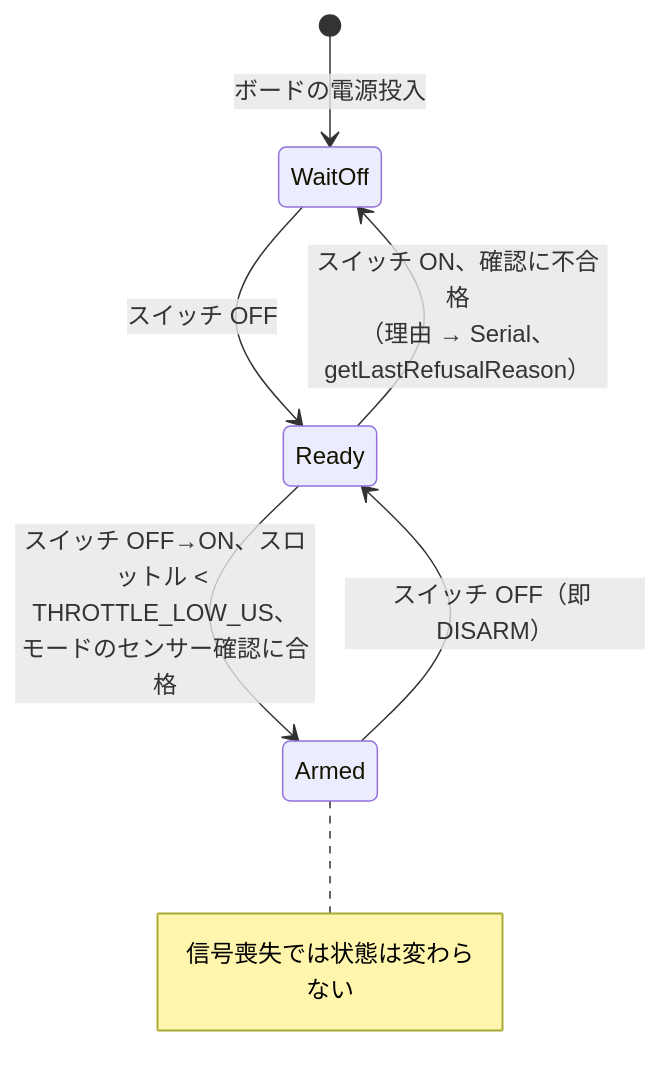
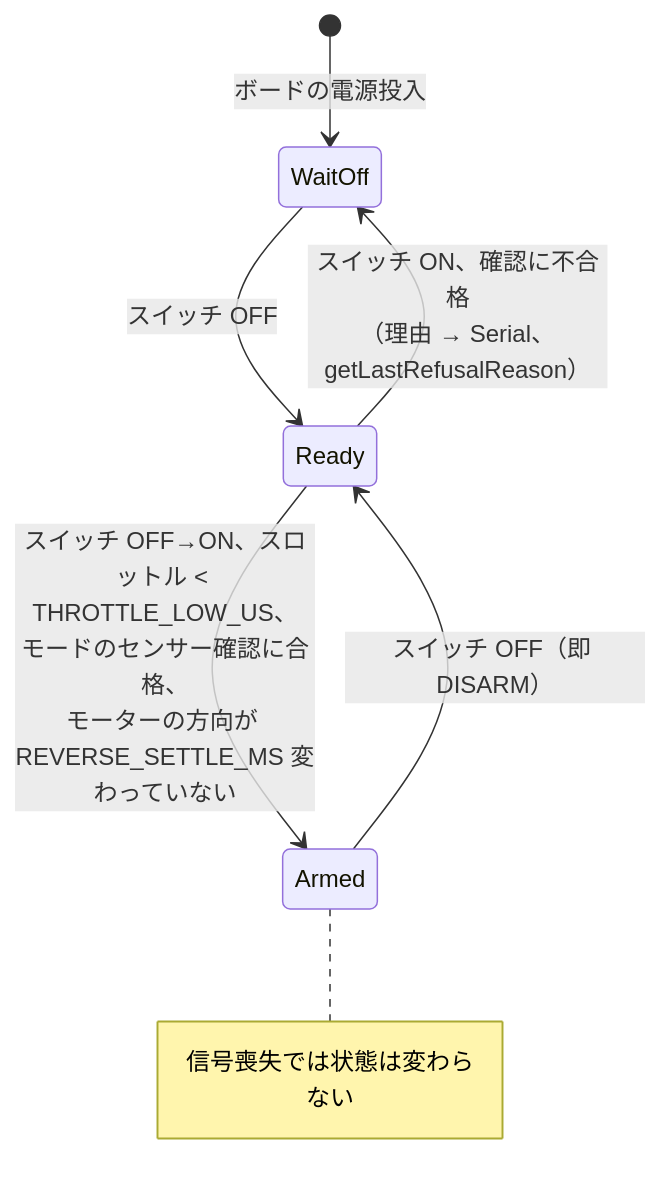
One commit to damir-lebedev/OpenPlaneProject changed the seventh of 11 diagrams in docs/i18n/ja/ARCHITECTURE.md. Above: the diagram before and after it, drawn with Mermaid. The commit also changed other lines of this file and 166 other files, not shown here.

````diff
--- a/docs/i18n/ja/ARCHITECTURE.md
+++ b/docs/i18n/ja/ARCHITECTURE.md
@@ -407,9 +411,9 @@
 ```mermaid
 stateDiagram-v2
     [*] --> WaitOff : ボードの電源投入
     WaitOff --> Ready : スイッチ OFF
-    Ready --> Armed : スイッチ OFF→ON、スロットル < THROTTLE_LOW_US、<br/>モードのセンサー確認に合格
+    Ready --> Armed : スイッチ OFF→ON、スロットル < THROTTLE_LOW_US、<br/>モードのセンサー確認に合格、<br/>モーターの方向が REVERSE_SETTLE_MS 変わっていない
     Ready --> WaitOff : スイッチ ON、確認に不合格<br/>（理由 → Serial、getLastRefusalReason）
     Armed --> Ready : スイッチ OFF（即 DISARM）
     note right of Armed : 信号喪失では状態は変わらない
 ```
````
